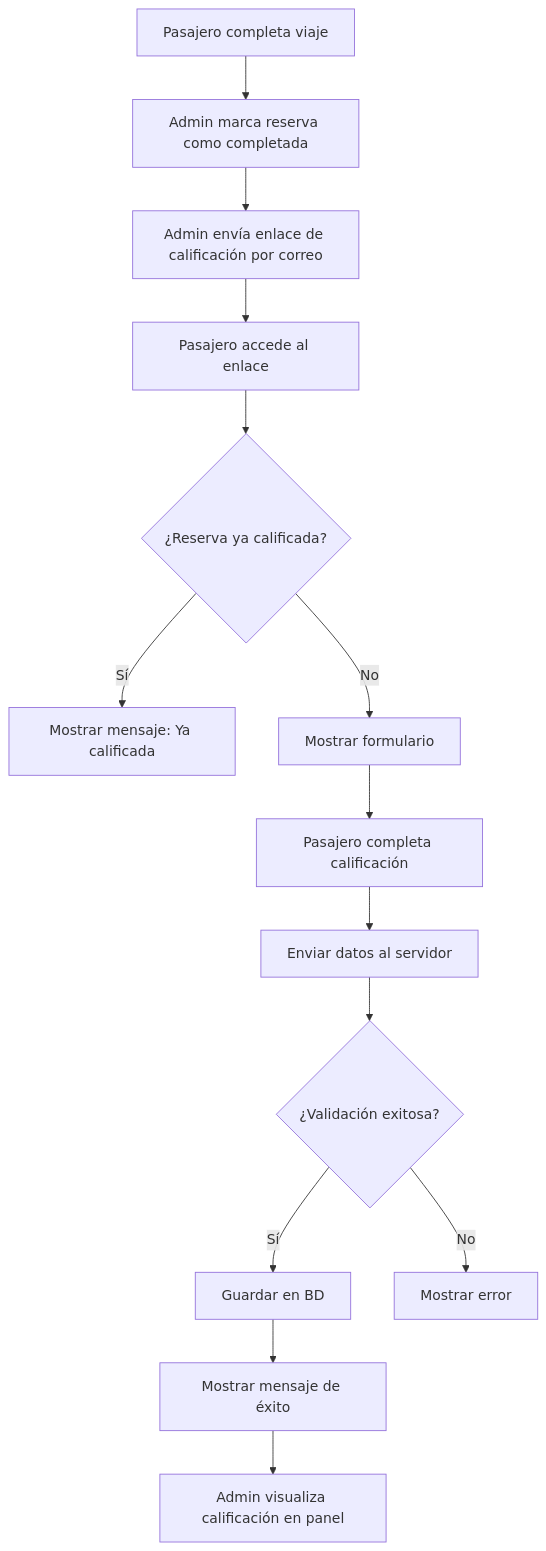
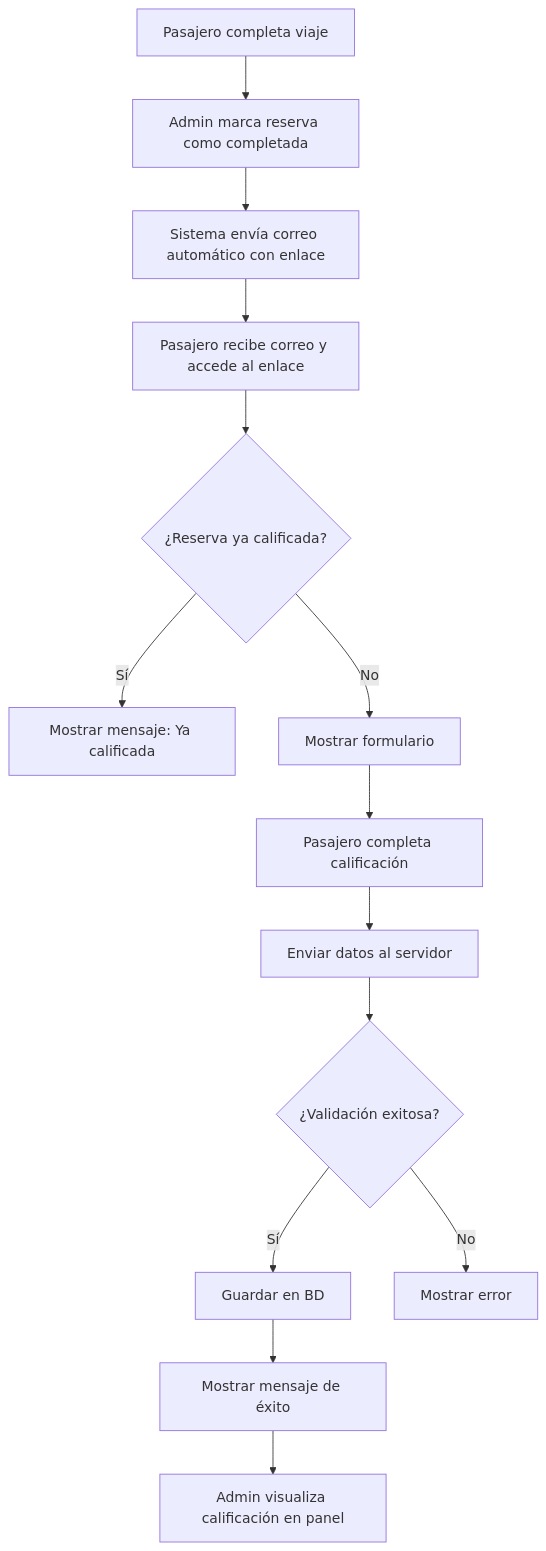
One commit to WidoMartinez/transportes-araucaria changed the diagram in docs/SISTEMA_CALIFICACIONES.md. Above: the diagram before and after it, drawn with Mermaid. The commit also changed other lines of this file and 1 other file, not shown here.

Commit message:
docs: Actualizar documentación con envío automático de correos

````diff
--- a/docs/SISTEMA_CALIFICACIONES.md
+++ b/docs/SISTEMA_CALIFICACIONES.md
@@ -29,16 +33,16 @@
 ```mermaid
 graph TD
     A[Pasajero completa viaje] --> B[Admin marca reserva como completada]
-    B --> C[Admin envía enlace de calificación por correo]
-    C --> D[Pasajero accede al enlace]
+    B --> C[Sistema envía correo automático con enlace]
+    C --> D[Pasajero recibe correo y accede al enlace]
     D --> E{¿Reserva ya calificada?}
     E -->|Sí| F[Mostrar mensaje: Ya calificada]
     E -->|No| G[Mostrar formulario]
     G --> H[Pasajero completa calificación]
     H --> I[Enviar datos al servidor]
     I --> J{¿Validación exitosa?}
     J -->|Sí| K[Guardar en BD]
     J -->|No| L[Mostrar error]
     K --> M[Mostrar mensaje de éxito]
     M --> N[Admin visualiza calificación en panel]
 ```
````
